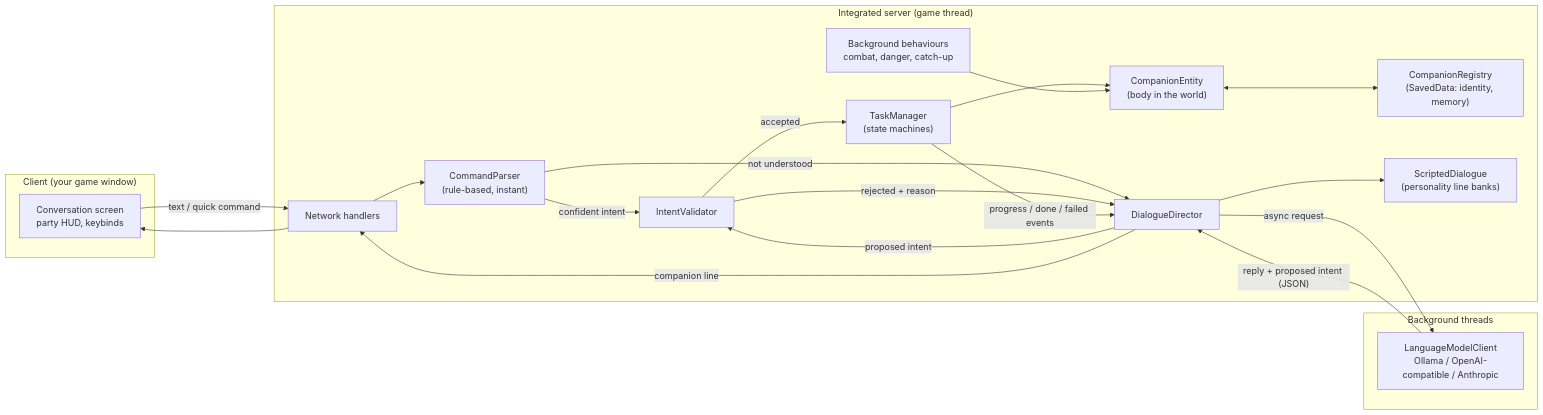
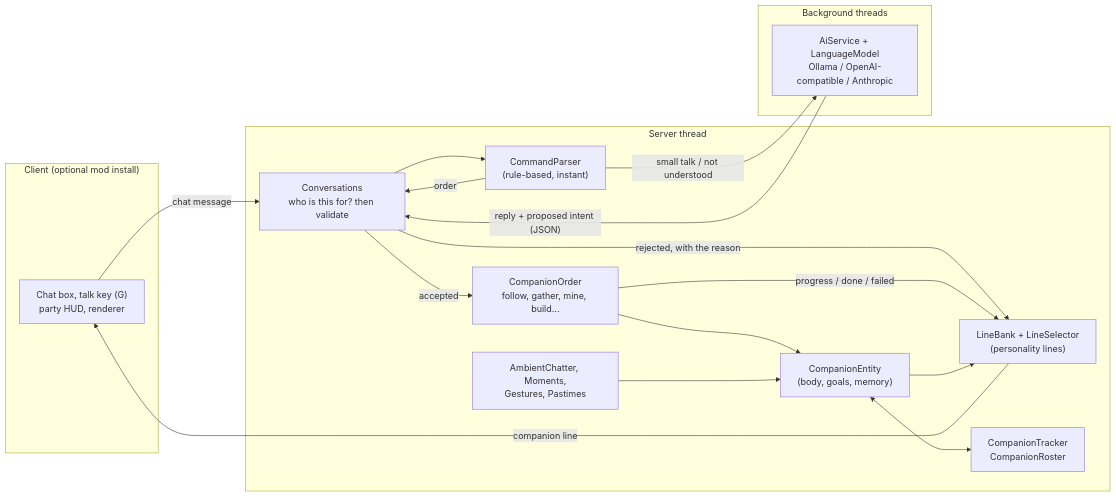
One commit to ColeCraven/hearthbound-companions changed the first of 2 diagrams in docs/ARCHITECTURE.md. Above: the diagram before and after it, drawn with Mermaid. The commit also changed other lines of this file and 71 other files, not shown here.

````diff
--- a/docs/ARCHITECTURE.md
+++ b/docs/ARCHITECTURE.md
@@ -12,36 +10,32 @@
 ```mermaid
 flowchart LR
-    subgraph Client["Client (your game window)"]
-        UI["Conversation screen<br/>party HUD, keybinds"]
+    subgraph Client["Client (optional mod install)"]
+        UI["Chat box, talk key (G)<br/>party HUD, renderer"]
     end
 
-    subgraph Server["Integrated server (game thread)"]
-        NET["Network handlers"]
+    subgraph Server["Server thread"]
+        CHAT["Conversations<br/>who is this for? then validate"]
         PARSE["CommandParser<br/>(rule-based, instant)"]
-        VAL["IntentValidator"]
-        TM["TaskManager<br/>(state machines)"]
-        BEH["Background behaviours<br/>combat, danger, catch-up"]
-        ENT["CompanionEntity<br/>(body in the world)"]
-        REG["CompanionRegistry<br/>(SavedData: identity, memory)"]
-        DLG["DialogueDirector"]
-        SCR["ScriptedDialogue<br/>(personality line banks)"]
+        ORD["CompanionOrder<br/>follow, gather, mine, build..."]
+        AMB["AmbientChatter, Moments,<br/>Gestures, Pastimes"]
+        ENT["CompanionEntity<br/>(body, goals, memory)"]
+        LINES["LineBank + LineSelector<br/>(personality lines)"]
+        ROSTER["CompanionTracker<br/>CompanionRoster"]
     end
 
     subgraph Async["Background threads"]
-        LLM["LanguageModelClient<br/>Ollama / OpenAI-compatible / Anthropic"]
+        LLM["AiService + LanguageModel<br/>Ollama / OpenAI-compatible / Anthropic"]
     end
 
-    UI -- "text / quick command" --> NET --> PARSE
-    PARSE -- "confident intent" --> VAL
-    PARSE -- "not understood" --> DLG
-    DLG -- "async request" --> LLM
-    LLM -- "reply + proposed intent (JSON)" --> DLG
-    DLG -- "proposed intent" --> VAL
-    VAL -- "accepted" --> TM --> ENT
-    VAL -- "rejected + reason" --> DLG
-    TM -- "progress / done / failed events" --> DLG
-    BEH --> ENT
-    ENT <--> REG
-    DLG --> SCR
-    DLG -- "companion line" --> NET --> UI
+    UI -- "chat message" --> CHAT --> PARSE
+    PARSE -- "order" --> CHAT
+    PARSE -- "small talk / not understood" --> LLM
+    LLM -- "reply + proposed intent (JSON)" --> CHAT
+    CHAT -- "accepted" --> ORD --> ENT
+    CHAT -- "rejected, with the reason" --> LINES
+    ORD -- "progress / done / failed" --> LINES
+    AMB --> ENT
+    ENT --> LINES
+    ENT <--> ROSTER
+    LINES -- "companion line" --> UI
 ```
````
